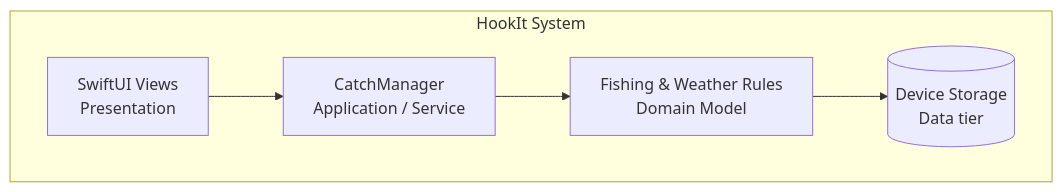
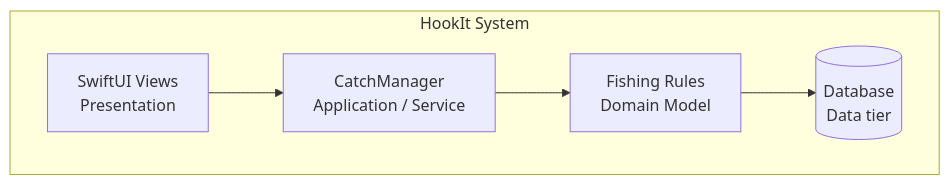
One commit to ddinza/cen5064-project-dinza changed the second of 4 diagrams in README.md. Above: the diagram before and after it, drawn with Mermaid. The commit also changed other lines of this file, not shown here.

First line of the commit message:
Revise data storage terminology in diagrams

````diff
--- a/README.md
+++ b/README.md
@@ -62,9 +63,9 @@
 ```mermaid
 %% Container view matching the 4-tier architecture
 flowchart TB
     subgraph HookItSystem [HookIt System]
         ui[SwiftUI Views<br/>Presentation] --> api[CatchManager<br/>Application / Service]
-        api --> domain[Fishing & Weather Rules<br/>Domain Model]
-        domain --> db[(Device Storage<br/>Data tier)]
+        api --> domain[Fishing Rules<br/>Domain Model]
+        domain --> db[(Database<br/>Data tier)]
     end
 ```
````
